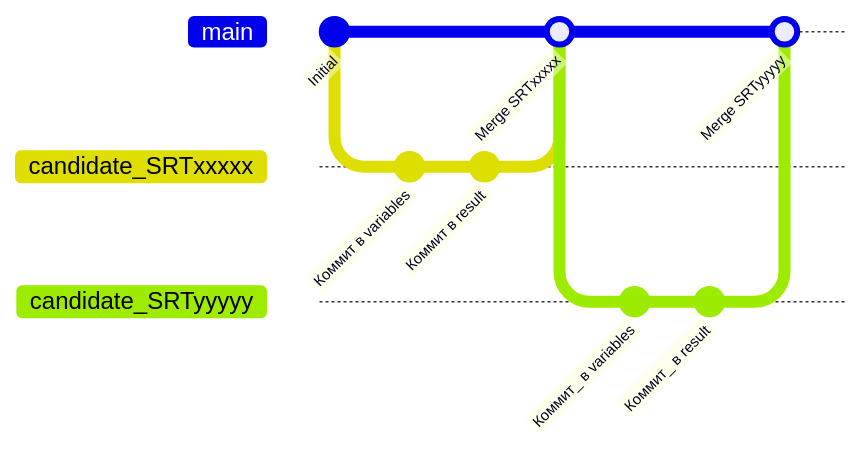
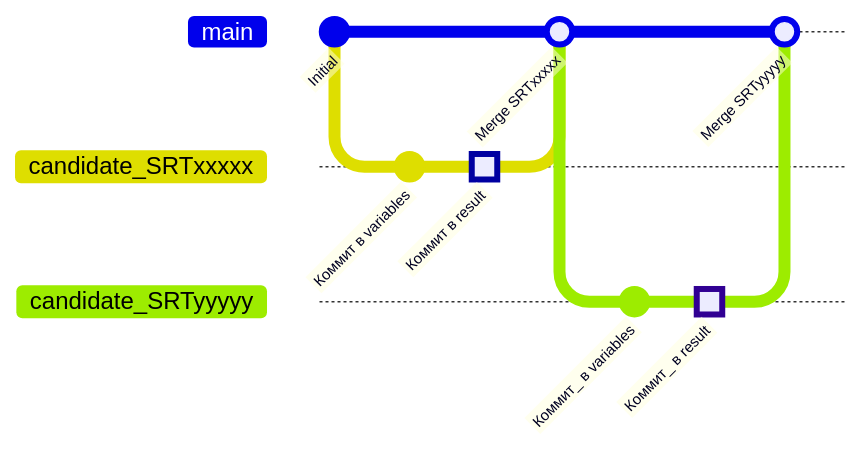
The second of 6 diagrams in README.md (Akellazzz/config_templates_infra), drawn with Mermaid before and after one commit. The commit also changed other lines of this file, not shown here.

````diff
--- a/README.md
+++ b/README.md
@@ -33,16 +45,16 @@
 ```mermaid
 gitGraph
     commit id: "Initial"
     branch candidate_SRTxxxxx
     checkout candidate_SRTxxxxx
     commit id: "Коммит в variables"
-    commit id: "Коммит в result"
+    commit id: "Коммит в result" type: HIGHLIGHT
     checkout main
     merge candidate_SRTxxxxx id: "Merge SRTxxxxx"
     branch candidate_SRTyyyyy
     checkout candidate_SRTyyyyy
     commit id: "Коммит_ в variables"
-    commit id: "Коммит_ в result"
+    commit id: "Коммит_ в result" type: HIGHLIGHT
     checkout main
     merge candidate_SRTyyyyy id: "Merge SRTyyyyy"
 ```
````
